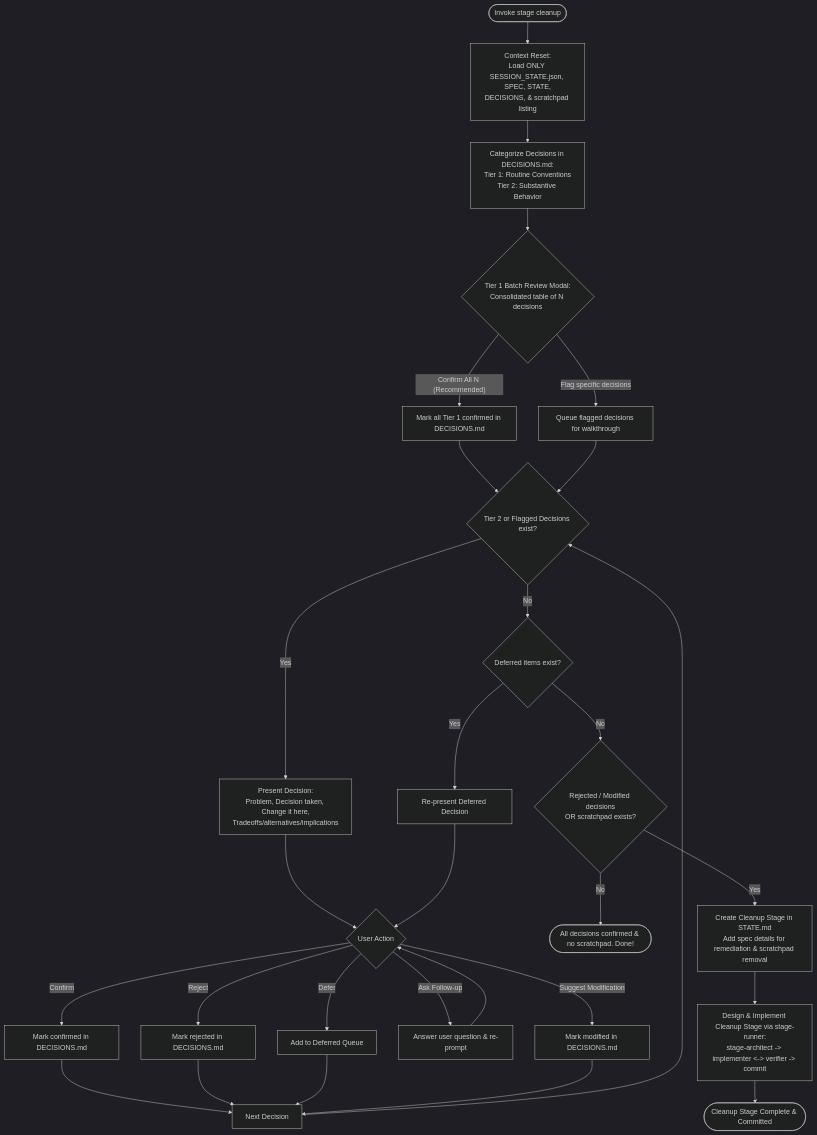
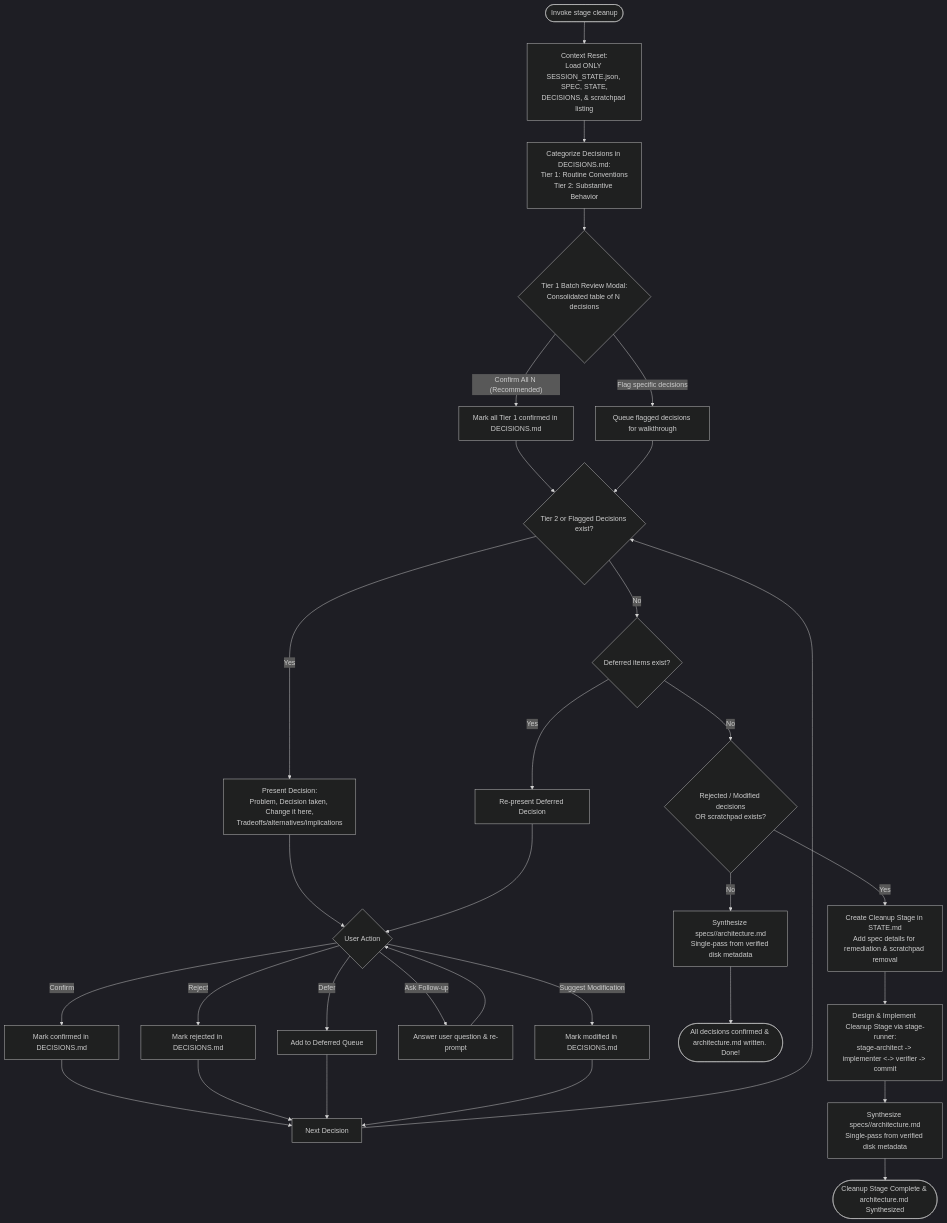
The third of 4 diagrams in skills/staged-build/SKILL.md (nsrandom/gemini-staged-build), drawn with Mermaid (dark theme) before and after one commit. The commit also changed other lines of this file and 11 other files, not shown here.

````diff
--- a/skills/staged-build/SKILL.md
+++ b/skills/staged-build/SKILL.md
@@ -236,24 +253,24 @@
 ```mermaid
 flowchart TD
     Start([Invoke stage cleanup]) --> Reset[Context Reset:\nLoad ONLY SESSION_STATE.json, SPEC, STATE,\nDECISIONS, & scratchpad listing]
     Reset --> Inspect[Categorize Decisions in DECISIONS.md:\nTier 1: Routine Conventions\nTier 2: Substantive Behavior]
     Inspect --> BatchReview{Tier 1 Batch Review Modal:\nConsolidated table of N decisions}
     BatchReview -- "Confirm All N (Recommended)" --> MarkAllTier1[Mark all Tier 1 confirmed in DECISIONS.md] --> Tier2Check
     BatchReview -- "Flag specific decisions" --> MarkFlagged[Queue flagged decisions for walkthrough] --> Tier2Check
     Tier2Check{Tier 2 or Flagged Decisions exist?}
     Tier2Check -- Yes --> ReviewOne[Present Decision:\nProblem, Decision taken, Change it here,\nTradeoffs/alternatives/implications]
     ReviewOne --> UserAction{User Action}
     UserAction -- "Confirm" --> MarkConfirm[Mark confirmed in DECISIONS.md] --> NextDecision[Next Decision]
     UserAction -- "Reject" --> MarkReject[Mark rejected in DECISIONS.md] --> NextDecision
     UserAction -- "Defer" --> QueueDefer[Add to Deferred Queue] --> NextDecision
     UserAction -- "Ask Follow-up" --> AnswerQ[Answer user question & re-prompt] --> UserAction
     UserAction -- "Suggest Modification" --> MarkMod[Mark modified in DECISIONS.md] --> NextDecision
     NextDecision --> Tier2Check
     Tier2Check -- No --> ProcessDeferred{Deferred items exist?}
     ProcessDeferred -- Yes --> ProcessOne[Re-present Deferred Decision] --> UserAction
     ProcessDeferred -- No --> AssessCleanup{Rejected / Modified decisions\nOR scratchpad exists?}
-    AssessCleanup -- No --> AllClean([All decisions confirmed & no scratchpad. Done!])
+    AssessCleanup -- No --> SynthArch[Synthesize specs/<feature>/architecture.md\nSingle-pass from verified disk metadata] --> AllClean([All decisions confirmed & architecture.md written. Done!])
     AssessCleanup -- Yes --> CreateStage[Create Cleanup Stage in STATE.md\nAdd spec details for remediation & scratchpad removal]
     CreateStage --> ExecuteCleanup[Design & Implement Cleanup Stage via stage-runner:\nstage-architect -> implementer <-> verifier -> commit]
-    ExecuteCleanup --> Done([Cleanup Stage Complete & Committed])
+    ExecuteCleanup --> SynthArch2[Synthesize specs/<feature>/architecture.md\nSingle-pass from verified disk metadata] --> Done([Cleanup Stage Complete & architecture.md Synthesized])
 ```
````
